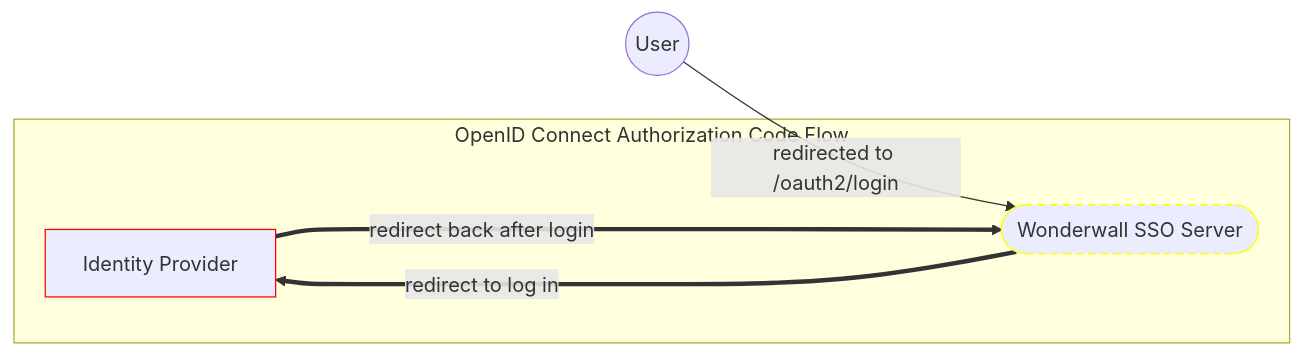
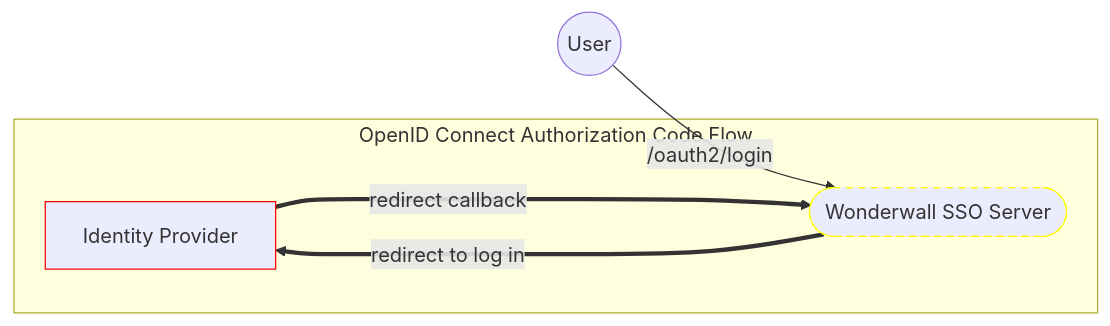
Before and after one commit to nais/wonderwall: the seventh of 9 diagrams in docs/architecture.md, drawn with Mermaid. The commit also changed other lines of this file, not shown here.

Commit message:
docs: clean up mermaid diagram descriptions [ci skip]

````diff
--- a/docs/architecture.md
+++ b/docs/architecture.md
@@ -150,15 +150,15 @@
 ```mermaid
 graph LR
   IDP[Identity Provider]
   Server([Wonderwall SSO Server])
 
   style Server stroke:#ff0,stroke-dasharray: 5
   style IDP stroke:#f00
 
-  U((User)) -- "redirected to /oauth2/login" --> Server
+  U((User)) -- "/oauth2/login" --> Server
 
   subgraph OIDC["OpenID Connect Authorization Code Flow"]
-    IDP == "redirect back after login" ====> Server
+    IDP == "redirect callback" ====> Server
     Server == "redirect to log in" ====> IDP
   end
 ```
````
